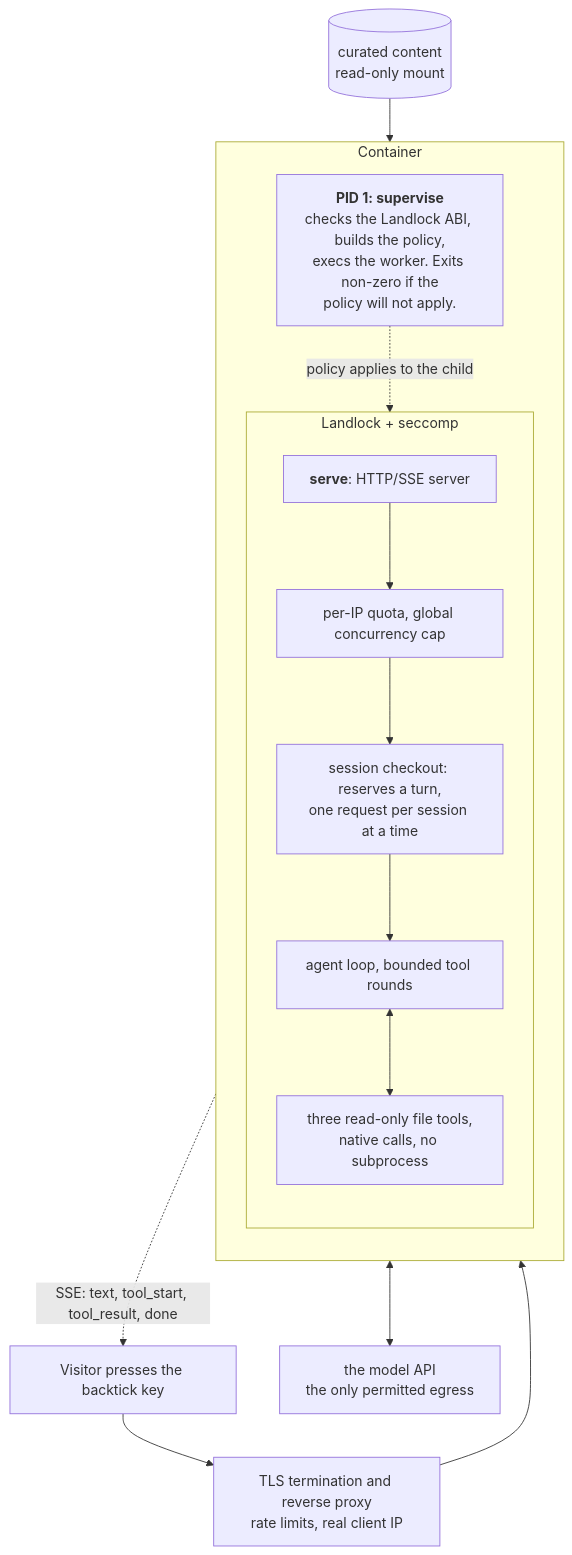
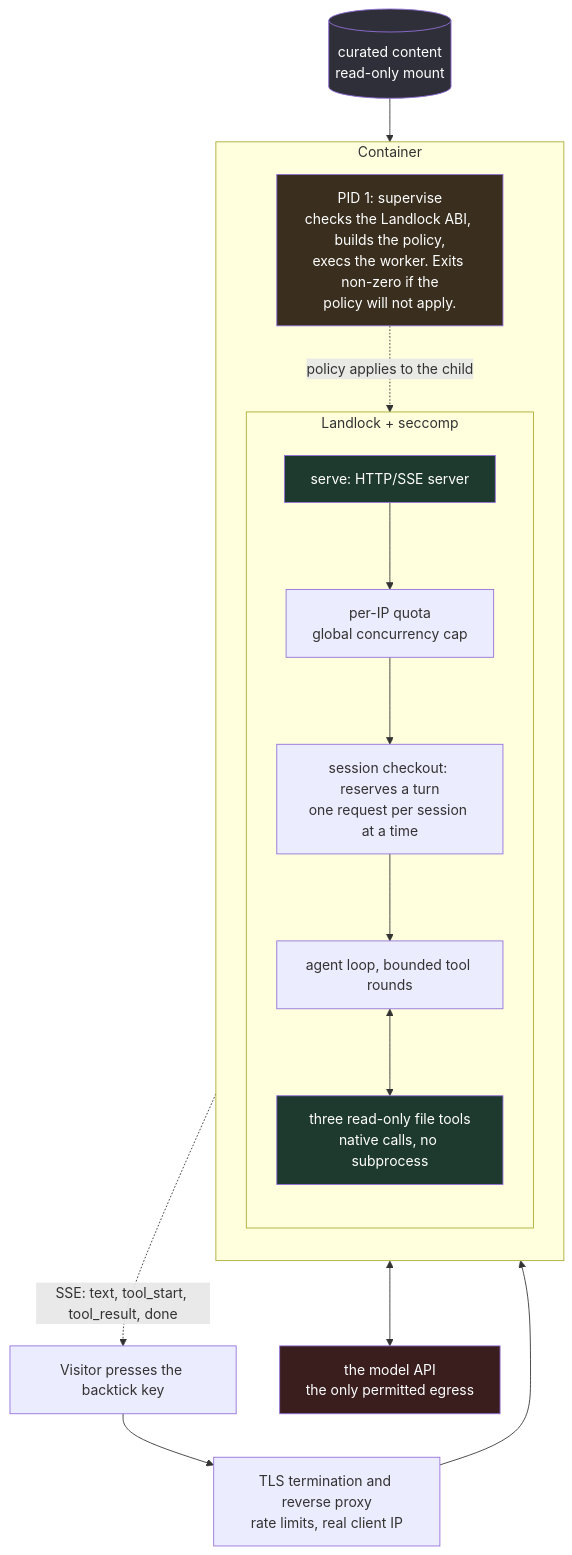
Before and after one commit to bet0x/barrahome-2026: the first of 2 diagrams in 2026/08/06/sandboxing-a-public-llm-agent.md, drawn with Mermaid. The commit also changed other lines of this file, not shown here.

First line of the commit message:
post: fix mermaid diagrams, wrap them in cde windows

```diff
--- a/2026/08/06/sandboxing-a-public-llm-agent.md
+++ b/2026/08/06/sandboxing-a-public-llm-agent.md
@@ -31,31 +34,31 @@
 <div class="mermaid">
-
 flowchart TB
-    visitor["Visitor presses the backtick key"]
-    edge["TLS termination and reverse proxy<br/>rate limits, real client IP"]
-
-    subgraph container["Container"]
+    visitor[Visitor presses the backtick key]
+    edge[TLS termination and reverse proxy<br/>rate limits, real client IP]
+    subgraph container[Container]
         direction TB
-        pid1["<b>PID 1: supervise</b><br/>checks the Landlock ABI, builds the policy,<br/>execs the worker. Exits non-zero if the<br/>policy will not apply."]
-        subgraph confined["Landlock + seccomp"]
+        pid1[PID 1: supervise<br/>checks the Landlock ABI, builds the policy,<br/>execs the worker. Exits non-zero if the<br/>policy will not apply.]
+        subgraph confined[Landlock + seccomp]
             direction TB
-            worker["<b>serve</b>: HTTP/SSE server"]
-            limits["per-IP quota, global concurrency cap"]
-            session["session checkout: reserves a turn,<br/>one request per session at a time"]
-            loop["agent loop, bounded tool rounds"]
-            tools["three read-only file tools,<br/>native calls, no subprocess"]
+            worker[serve: HTTP/SSE server]
+            limits[per-IP quota<br/>global concurrency cap]
+            session[session checkout: reserves a turn<br/>one request per session at a time]
+            loop[agent loop, bounded tool rounds]
+            tools[three read-only file tools<br/>native calls, no subprocess]
             worker --> limits --> session --> loop
             loop <--> tools
         end
     end
-
-    ws[("curated content<br/>read-only mount")]
-    api["the model API<br/>the only permitted egress"]
-
+    ws[(curated content<br/>read-only mount)]
+    api[the model API<br/>the only permitted egress]
     visitor --> edge --> worker
-    pid1 -.->|"policy applies to the child"| confined
+    pid1 -.->|policy applies to the child| confined
     ws --> tools
     loop <--> api
-    worker -.->|"SSE: text, tool_start, tool_result, done"| visitor
-
+    worker -.->|SSE: text, tool_start, tool_result, done| visitor
+    style pid1 fill:#3a2f1e,color:#fff
+    style worker fill:#1e3a2f,color:#fff
+    style tools fill:#1e3a2f,color:#fff
+    style api fill:#3a1e1e,color:#fff
+    style ws fill:#2f2f3a,color:#fff
 </div>
```
